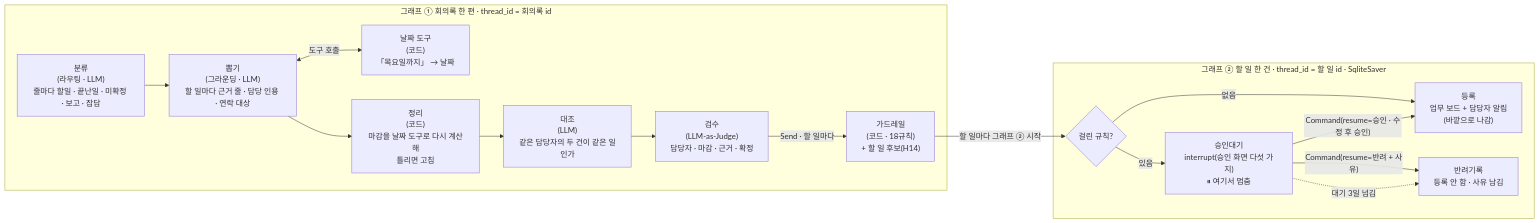
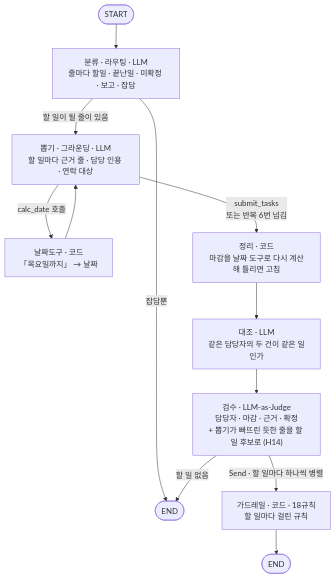
One commit to nike1137-svg/human-approval-agent changed the first of 2 diagrams in REPORT.md. Above: the diagram before and after it, drawn with Mermaid. The commit also changed other lines of this file, not shown here.

Commit message:
REPORT: 구조도를 그래프마다 세로 한 장으로 · 코드와 맞춤 (H14 후보는 검수 · START/END 갈림) · 캡처를 한 장씩 세로로

````diff
--- a/REPORT.md
+++ b/REPORT.md
@@ -28,19 +32,14 @@
 ```mermaid
-flowchart LR
-  subgraph G1["그래프 ① 회의록 한 편 · thread_id = 회의록 id"]
-    A["분류<br/>(라우팅 · LLM)<br/>줄마다 할일 · 끝난일 · 미확정 · 보고 · 잡담"] --> B["뽑기<br/>(그라운딩 · LLM)<br/>할 일마다 근거 줄 · 담당 인용 · 연락 대상"]
-    B <-->|"도구 호출"| T["날짜 도구<br/>(코드)<br/>「목요일까지」 → 날짜"]
-    B --> C["정리<br/>(코드)<br/>마감을 날짜 도구로 다시 계산해<br/>틀리면 고침"]
-    C --> D["대조<br/>(LLM)<br/>같은 담당자의 두 건이 같은 일인가"]
-    D --> E["검수<br/>(LLM-as-Judge)<br/>담당자 · 마감 · 근거 · 확정"]
-    E -->|"Send · 할 일마다"| F["가드레일<br/>(코드 · 18규칙)<br/>+ 할 일 후보(H14)"]
-  end
-  F -->|"할 일마다 그래프 ② 시작"| S
-  subgraph G2["그래프 ② 할 일 한 건 · thread_id = 할 일 id · SqliteSaver"]
-    S{"걸린 규칙?"} -->|"없음"| R["등록<br/>업무 보드 + 담당자 알림<br/>(바깥으로 나감)"]
-    S -->|"있음"| W["승인대기<br/>interrupt(승인 화면 다섯 가지)<br/>⏸ 여기서 멈춤"]
-    W -->|"Command(resume=승인 · 수정 후 승인)"| R
-    W -->|"Command(resume=반려 + 사유)"| J["반려기록<br/>등록 안 함 · 사유 남김"]
-    W -.->|"대기 3일 넘김"| J
-  end
+flowchart TD
+  S1([START]) --> A["분류 · 라우팅 · LLM<br/>줄마다 할일 · 끝난일 · 미확정 · 보고 · 잡담"]
+  A -->|"잡담뿐"| X1([END])
+  A -->|"할 일이 될 줄이 있음"| B["뽑기 · 그라운딩 · LLM<br/>할 일마다 근거 줄 · 담당 인용 · 연락 대상"]
+  B -->|"calc_date 호출"| T["날짜도구 · 코드<br/>「목요일까지」 → 날짜"]
+  T --> B
+  B -->|"submit_tasks<br/>또는 반복 6번 넘김"| C["정리 · 코드<br/>마감을 날짜 도구로 다시 계산해 틀리면 고침"]
+  C --> D["대조 · LLM<br/>같은 담당자의 두 건이 같은 일인가"]
+  D --> E["검수 · LLM-as-Judge<br/>담당자 · 마감 · 근거 · 확정<br/>+ 뽑기가 빠뜨린 듯한 줄을 할 일 후보로 (H14)"]
+  E -->|"Send · 할 일마다 하나씩 병렬"| F["가드레일 · 코드 · 18규칙<br/>할 일마다 걸린 규칙"]
+  E -->|"할 일 없음"| X1
+  F --> X2([END])
 ```
````
